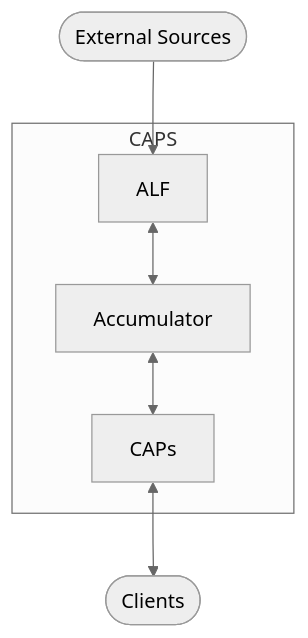
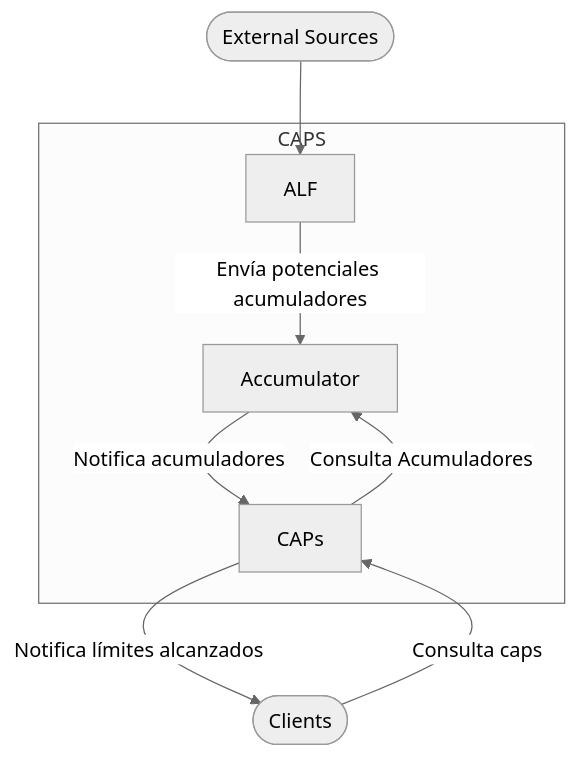
One commit to dasalgadoc/DCX changed the first of 2 diagrams in README.md. Above: the diagram before and after it, drawn with Mermaid (neutral theme). The commit also changed other lines of this file, not shown here.

````diff
--- a/README.md
+++ b/README.md
@@ -9,16 +9,17 @@
 ```mermaid
   
   flowchart TB
     
     subgraph CAPS
-      ALF <--> Accumulator
-      Accumulator <--> CAPs
+      ALF -- Envía potenciales acumuladores --> Accumulator
+      
+      Accumulator -- Notifica acumuladores --> CAPs
+      CAPs -- Consulta Acumuladores --> Accumulator
     end
     
     id1([External Sources]) --> ALF
-    CAPs <--> id2([Clients])
+    CAPs -- Notifica límites alcanzados --> id2([Clients])
+    id2 -- Consulta caps --> CAPs
    
     click ALF "http://www.google.com.co" "Open this in a new tab" _blank
-    
-  
 ```
````
